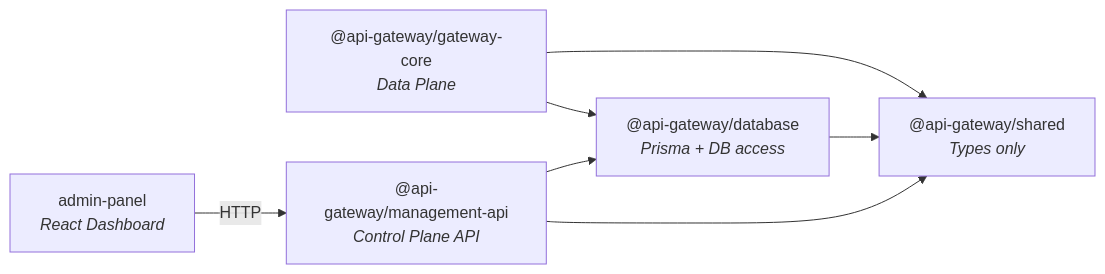
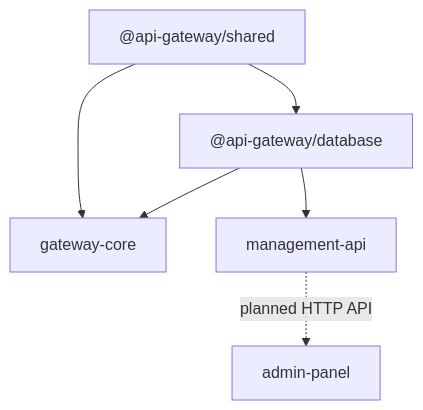
Before and after one commit to c4rl0s04/api-gateway-platform: the diagram in docs/02-architecture/Monorepo and Packages.md, drawn with Mermaid. The commit also changed other lines of this file and 93 other files, not shown here.

Commit message:
docs(platform): document architecture authentication and operations

````diff
--- a/docs/02-architecture/Monorepo and Packages.md
+++ b/docs/02-architecture/Monorepo and Packages.md
@@ -37,15 +32,8 @@
 ```mermaid
-graph LR
-    shared["@api-gateway/shared<br/><i>Types only</i>"]
-    db["@api-gateway/database<br/><i>Prisma + DB access</i>"]
-    gw["@api-gateway/gateway-core<br/><i>Data Plane</i>"]
-    mapi["@api-gateway/management-api<br/><i>Control Plane API</i>"]
-    admin["admin-panel<br/><i>React Dashboard</i>"]
-
-    gw --> db
-    gw --> shared
-    db --> shared
-    mapi --> db
-    mapi --> shared
-    admin -->|HTTP| mapi
+flowchart TD
+    SHARED["@api-gateway/shared"] --> DATABASE["@api-gateway/database"]
+    SHARED --> GATEWAY["gateway-core"]
+    DATABASE --> GATEWAY
+    DATABASE --> MANAGEMENT["management-api"]
+    MANAGEMENT -. "planned HTTP API" .-> PANEL["admin-panel"]
 ```
````
